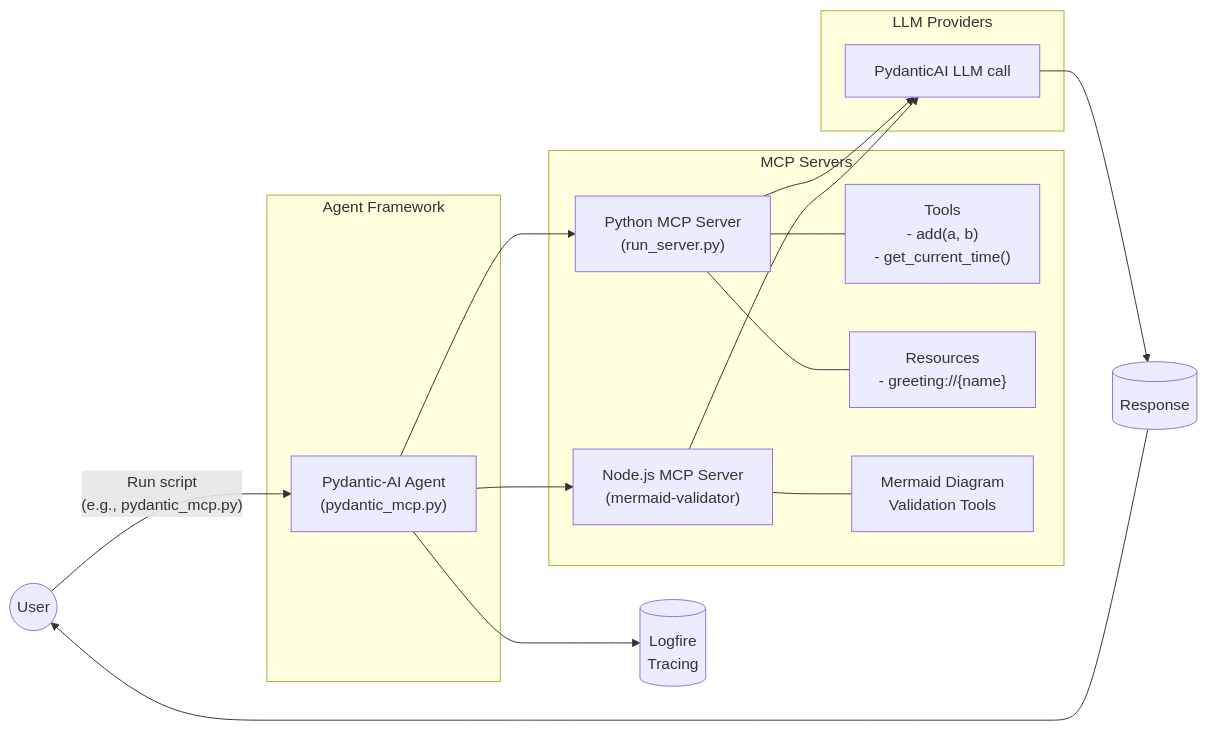
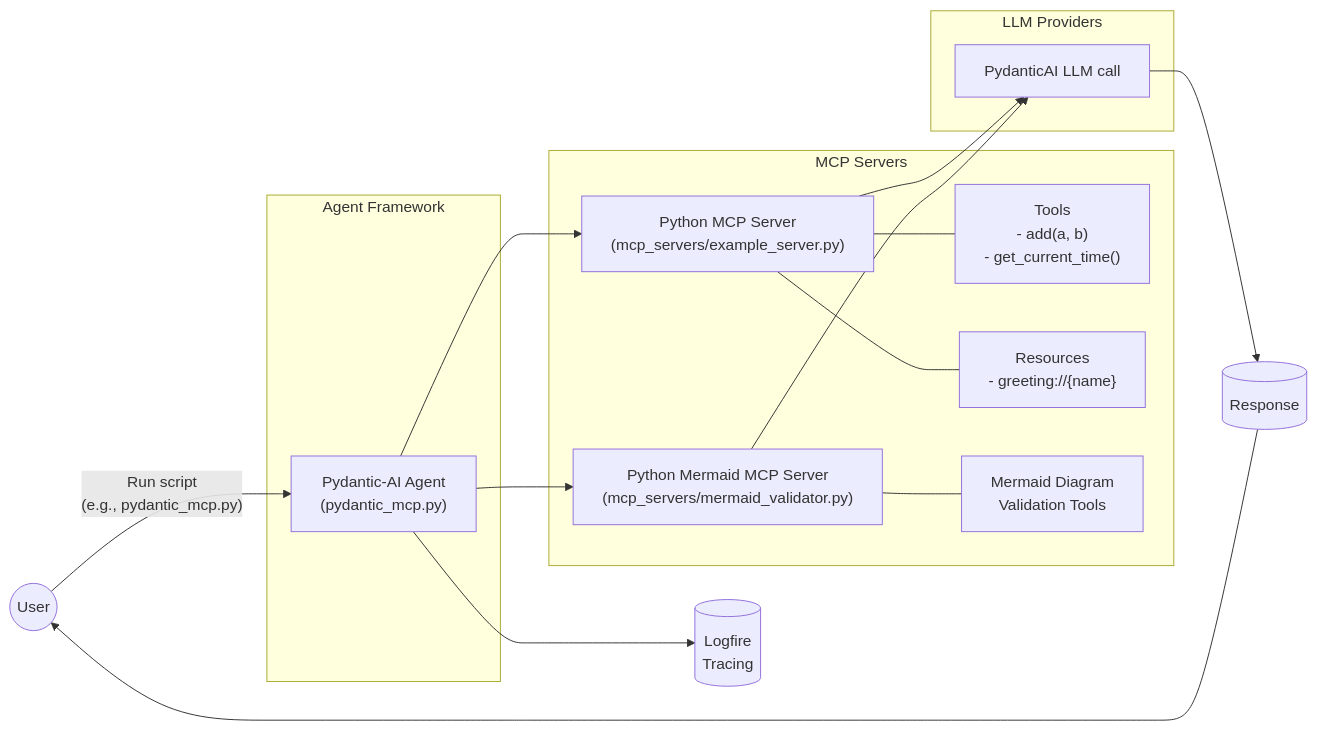
Before and after one commit to andrewginns/agents-mcp-usage: the second of 2 diagrams in README.md, drawn with Mermaid. The commit also changed other lines of this file and 11 other files, not shown here.

Commit message:
chore: Update README and examples to reflect new Python MCP server structure and usage

````diff
--- a/README.md
+++ b/README.md
@@ -171,38 +173,38 @@
 ```mermaid
 graph LR
     User((User)) --> |"Run script<br>(e.g., pydantic_mcp.py)"| Agent
 
     subgraph "Agent Framework"
         Agent["Pydantic-AI Agent<br>(pydantic_mcp.py)"]
     end
 
     subgraph "MCP Servers"
-        PythonMCP["Python MCP Server<br>(run_server.py)"]
-        NodeMCP["Node.js MCP Server<br>(mermaid-validator)"]
+        PythonMCP["Python MCP Server<br>(mcp_servers/example_server.py)"]
+        MermaidMCP["Python Mermaid MCP Server<br>(mcp_servers/mermaid_validator.py)"]
         
         Tools["Tools<br>- add(a, b)<br>- get_current_time()"]
         Resources["Resources<br>- greeting://{name}"]
         MermaidValidator["Mermaid Diagram<br>Validation Tools"]
         
         PythonMCP --- Tools
         PythonMCP --- Resources
-        NodeMCP --- MermaidValidator
+        MermaidMCP --- MermaidValidator
     end
 
     subgraph "LLM Providers"
         LLMs["PydanticAI LLM call"]
     end
     
     Logfire[("Logfire<br>Tracing")]
     
     Agent --> PythonMCP
-    Agent --> NodeMCP
+    Agent --> MermaidMCP
     
     PythonMCP --> LLMs
-    NodeMCP --> LLMs
+    MermaidMCP --> LLMs
     
     Agent --> Logfire
     
     LLM_Response[("Response")] --> User
     LLMs --> LLM_Response
 ```
````
